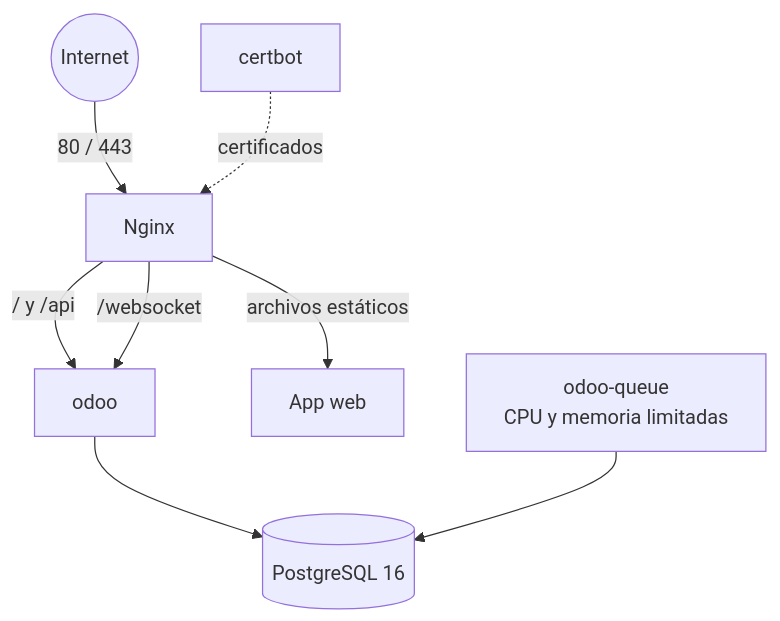
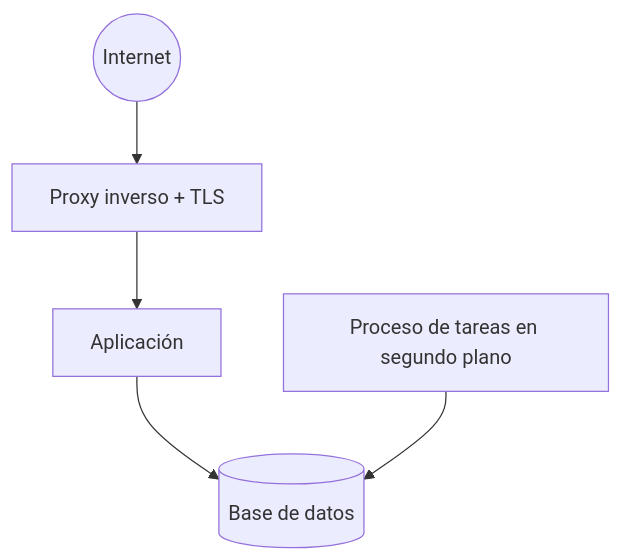
One commit to Jeisondls/planner-docker-infra changed the diagram in README.md. Above: the diagram before and after it, drawn with Mermaid. The commit also changed other lines of this file, not shown here.

First line of the commit message:
docs: reduce architecture details in public README

````diff
--- a/README.md
+++ b/README.md
@@ -19,10 +9,7 @@
 ```mermaid
 flowchart TB
-    I((Internet)) -->|80 / 443| N[Nginx]
-    N -->|/ y /api| O[odoo]
-    N -->|/websocket| O
-    N -->|archivos estáticos| W[App web]
-    O --> DB[(PostgreSQL 16)]
-    Q[odoo-queue<br/>CPU y memoria limitadas] --> DB
-    C[certbot] -.certificados.-> N
+    I((Internet)) --> N[Proxy inverso + TLS]
+    N --> A[Aplicación]
+    A --> DB[(Base de datos)]
+    Q[Proceso de tareas en segundo plano] --> DB
 ```
````
